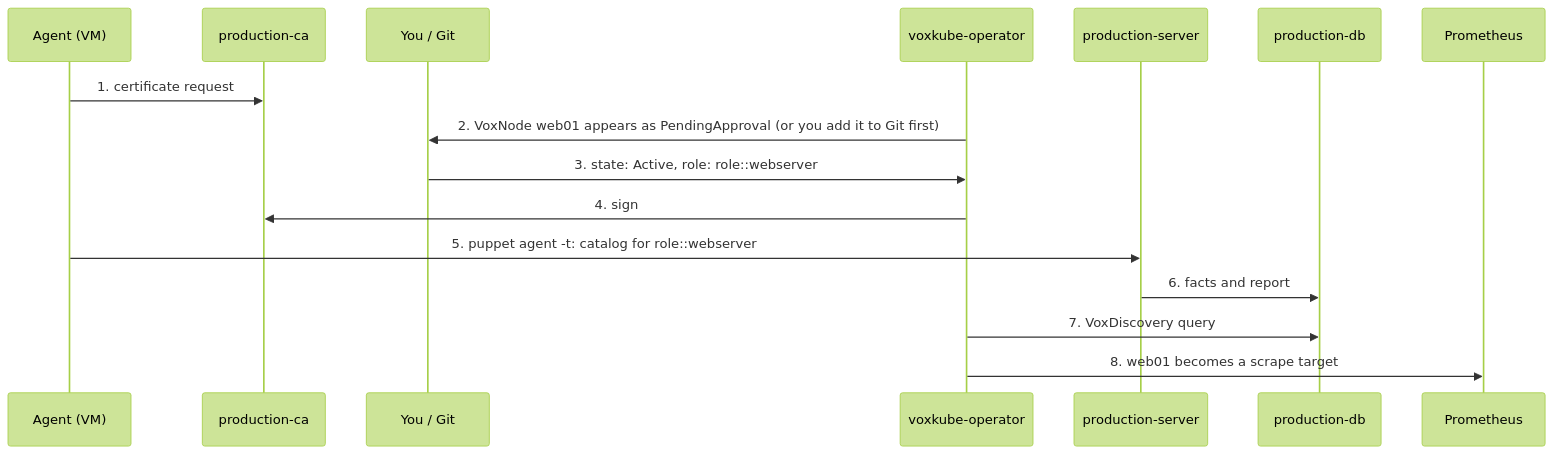
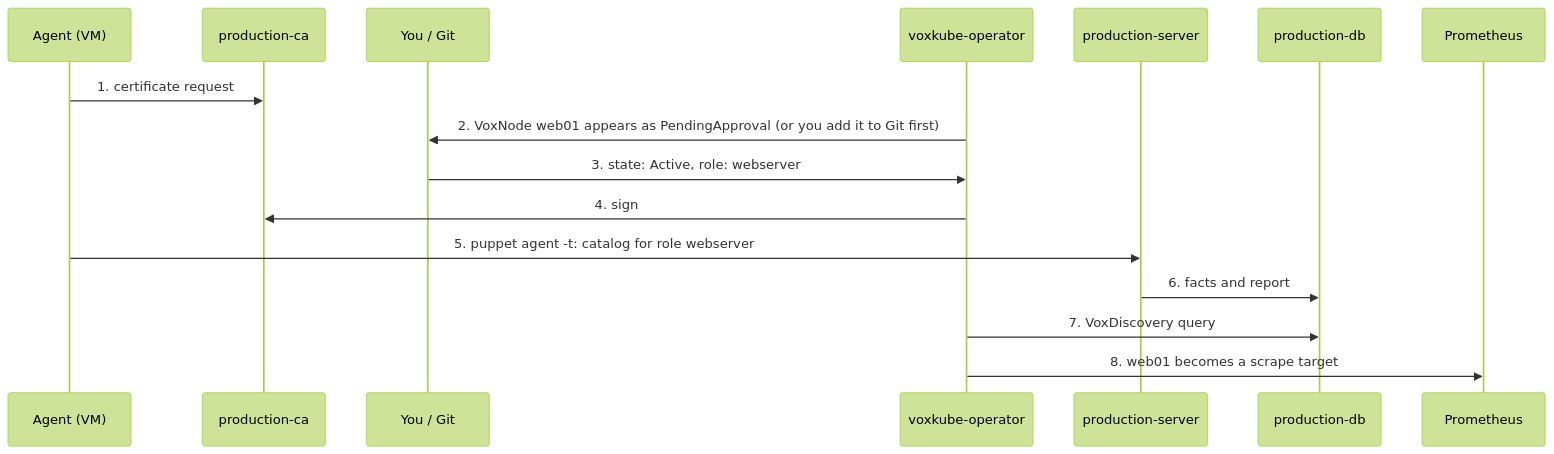
Before and after one commit to yboikov/voxkube-operator: the diagram in README.md, drawn with Mermaid (forest theme). The commit also changed other lines of this file and 3 other files, not shown here.

First line of the commit message:
docs: 0.2.7 changelog, API reference and agent notes; bump chart to 0.2.7

````diff
--- a/README.md
+++ b/README.md
@@ -48,19 +48,19 @@
 ```mermaid
 sequenceDiagram
     participant VM as Agent (VM)
     participant CA as production-ca
     participant You as You / Git
     participant Op as voxkube-operator
     participant SRV as production-server
     participant DB as production-db
     participant P as Prometheus
 
     VM->>CA: 1. certificate request
     Op->>You: 2. VoxNode web01 appears as PendingApproval (or you add it to Git first)
-    You->>Op: 3. state: Active, role: role::webserver
+    You->>Op: 3. state: Active, role: webserver
     Op->>CA: 4. sign
-    VM->>SRV: 5. puppet agent -t: catalog for role::webserver
+    VM->>SRV: 5. puppet agent -t: catalog for role webserver
     SRV->>DB: 6. facts and report
     Op->>DB: 7. VoxDiscovery query
     Op->>P: 8. web01 becomes a scrape target
 ```
````
